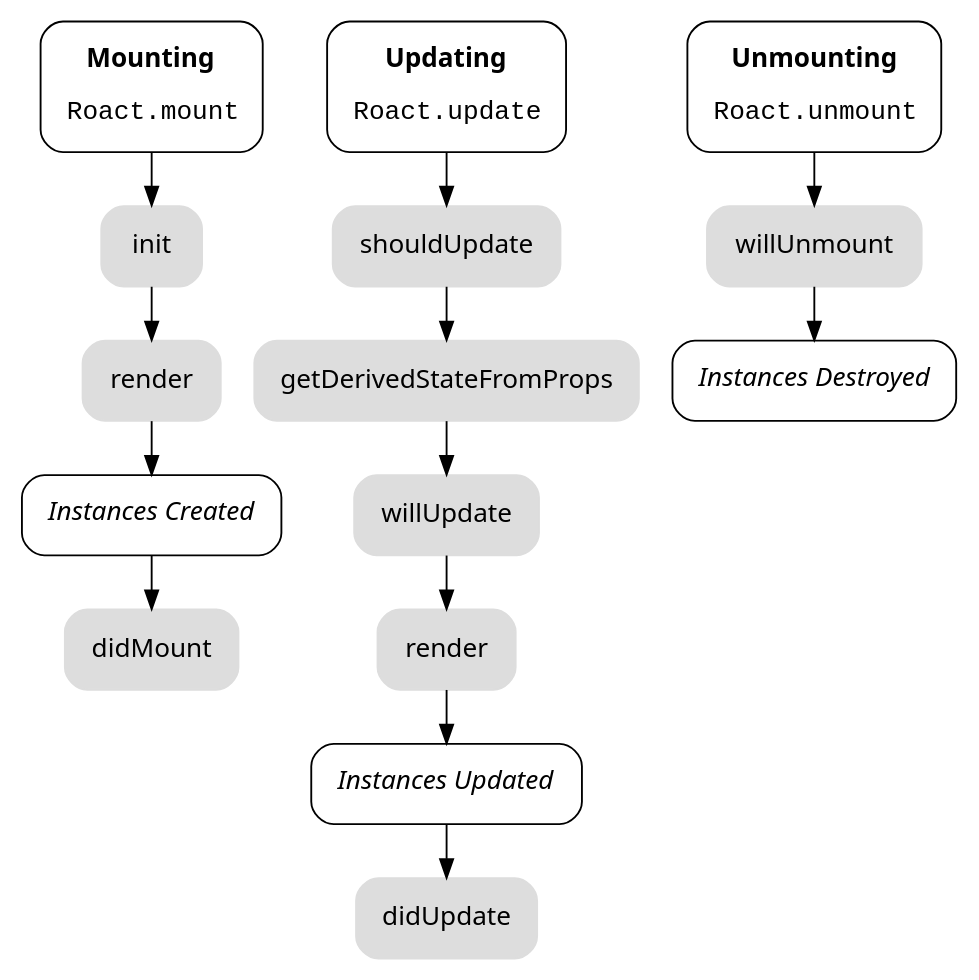
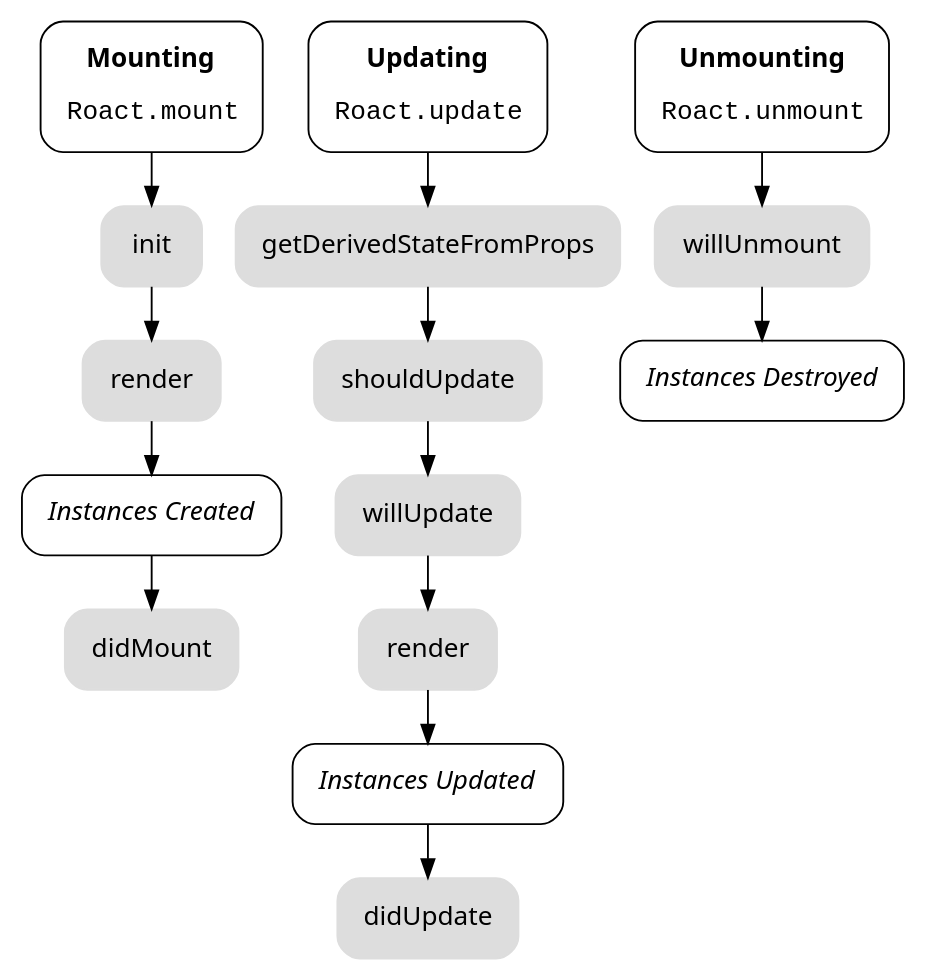
One commit to Roblox/roact changed the diagram in docs/images/lifecycle.gv. Above: the diagram before and after it, drawn with Graphviz. The commit also changed 2 other files, not shown here.

Commit message:
Swap getDerived and shouldUpdate in lifecycle diagram (#255)
Also add a note about their interaction to the API reference

```diff
--- a/docs/images/lifecycle.gv
+++ b/docs/images/lifecycle.gv
@@ -1,37 +1,37 @@
 digraph G {
 	ranksep="0.4";
 	node [
 		shape="box",
 		style="rounded,filled",
 		color="#dddddd",
 		fontname="Segoe UI",
 		margin="0.2",
 	];
 	edge [
 	];
 
 	render1 [label="render"];
 	created [style="rounded", color="#000000", label=<<i>Instances Created</i>>];
 	mount [style="rounded", color="#000000", label=<
 		<b>Mounting</b>
 		<br /><br />
 		<font face="monospace">Roact.mount</font>
 	>];
 	mount -> init -> render1 -> created -> didMount;
 
 	updated [style="rounded", color="#000000", label=<<i>Instances Updated</i>>];
 	update [style="rounded", color="#000000", label=<
 		<b>Updating</b>
 		<br /><br />
 		<font face="monospace">Roact.update</font>
 	>];
-	update -> shouldUpdate -> getDerivedStateFromProps -> willUpdate -> render -> updated -> didUpdate;
+	update -> getDerivedStateFromProps -> shouldUpdate -> willUpdate -> render -> updated -> didUpdate;
 
 	unmounted [style="rounded", color="#000000", label=<<i>Instances Destroyed</i>>];
 	unmount [style="rounded", color="#000000", label=<
 		<b>Unmounting</b>
 		<br /><br />
 		<font face="monospace">Roact.unmount</font>
 	>];
 	unmount -> willUnmount -> unmounted;
 }
```
